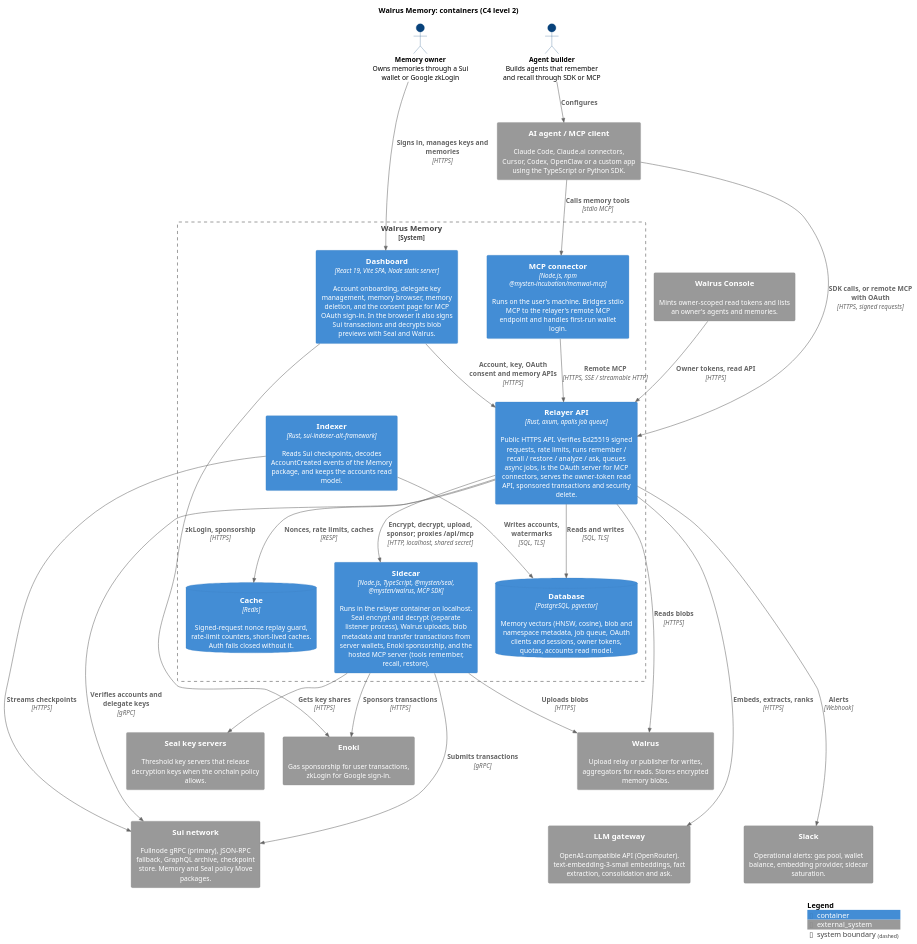
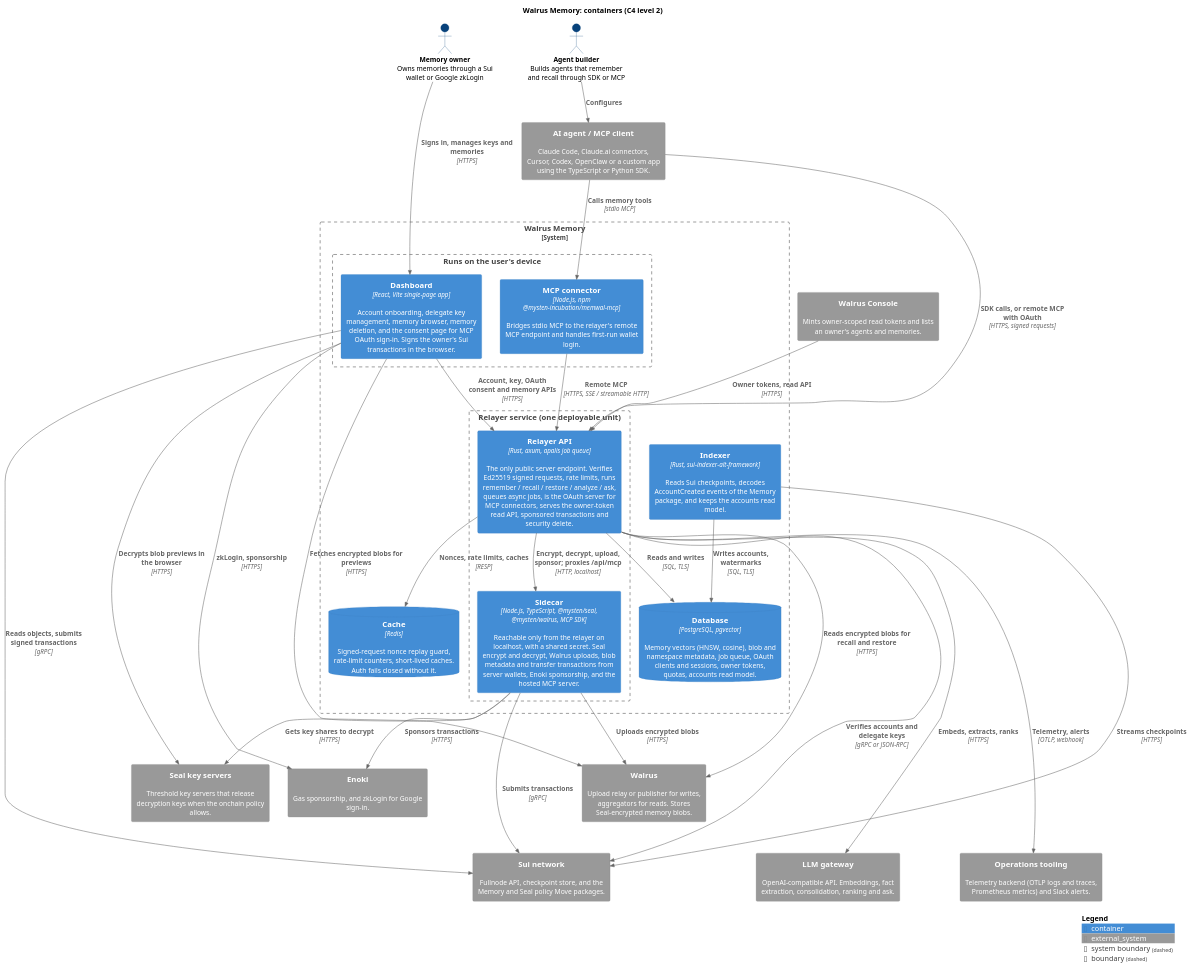
Before and after one commit to MystenLabs/walrus-memory: the diagram in docs/architecture/c4-container.puml, drawn with PlantUML. The commit also changed 7 other files, not shown here.

First line of the commit message:
docs(architecture): keep the public page to logical architecture

```diff
--- a/docs/architecture/c4-container.puml
+++ b/docs/architecture/c4-container.puml
@@ -1,77 +1,87 @@
 @startuml c4-container
-' C4 level 2 (containers) for Walrus Memory as it runs today.
-' Render: see docs/architecture/README.md ("Rendering the diagrams").
+' C4 level 2 (containers): the logical components of Walrus Memory, their
+' data flows and trust boundaries. Environment-specific deployment details
+' (hosting, hostnames, instance inventory) are kept in internal docs.
+' Render: see docs/architecture/README.md ("Rendering the diagram").
 !include <C4/C4_Container>
 
 LAYOUT_TOP_DOWN()
 HIDE_STEREOTYPE()
 skinparam wrapWidth 260
 skinparam maxMessageSize 180
 skinparam defaultFontSize 13
 skinparam dpi 110
 skinparam actorBorderColor #08427B
 skinparam actorBackgroundColor #08427B
 skinparam actorFontColor #000000
 skinparam actorStyle stick
 
 title Walrus Memory: containers (C4 level 2)
 
 actor "**Memory owner**\nOwns memories through a Sui\nwallet or Google zkLogin" as owner
 actor "**Agent builder**\nBuilds agents that remember\nand recall through SDK or MCP" as builder
 
 System_Ext(agent, "AI agent / MCP client", "Claude Code, Claude.ai connectors, Cursor, Codex, OpenClaw or a custom app using the TypeScript or Python SDK.")
 System_Ext(console, "Walrus Console", "Mints owner-scoped read tokens and lists an owner's agents and memories.")
 
 System_Boundary(wm, "Walrus Memory") {
-  Container(dashboard, "Dashboard", "React 19, Vite SPA, Node static server", "Account onboarding, delegate key management, memory browser, memory deletion, and the consent page for MCP OAuth sign-in. In the browser it also signs Sui transactions and decrypts blob previews with Seal and Walrus.")
-  Container(mcp, "MCP connector", "Node.js, npm @mysten-incubation/memwal-mcp", "Runs on the user's machine. Bridges stdio MCP to the relayer's remote MCP endpoint and handles first-run wallet login.")
-  Container(relayer, "Relayer API", "Rust, axum, apalis job queue", "Public HTTPS API. Verifies Ed25519 signed requests, rate limits, runs remember / recall / restore / analyze / ask, queues async jobs, is the OAuth server for MCP connectors, serves the owner-token read API, sponsored transactions and security delete.")
-  Container(sidecar, "Sidecar", "Node.js, TypeScript, @mysten/seal, @mysten/walrus, MCP SDK", "Runs in the relayer container on localhost. Seal encrypt and decrypt (separate listener process), Walrus uploads, blob metadata and transfer transactions from server wallets, Enoki sponsorship, and the hosted MCP server (tools remember, recall, restore).")
+  Boundary(client, "Runs on the user's device") {
+    Container(dashboard, "Dashboard", "React, Vite single-page app", "Account onboarding, delegate key management, memory browser, memory deletion, and the consent page for MCP OAuth sign-in. Signs the owner's Sui transactions in the browser.")
+    Container(mcp, "MCP connector", "Node.js, npm @mysten-incubation/memwal-mcp", "Bridges stdio MCP to the relayer's remote MCP endpoint and handles first-run wallet login.")
+  }
+  Boundary(server, "Relayer service (one deployable unit)") {
+    Container(relayer, "Relayer API", "Rust, axum, apalis job queue", "The only public server endpoint. Verifies Ed25519 signed requests, rate limits, runs remember / recall / restore / analyze / ask, queues async jobs, is the OAuth server for MCP connectors, serves the owner-token read API, sponsored transactions and security delete.")
+    Container(sidecar, "Sidecar", "Node.js, TypeScript, @mysten/seal, @mysten/walrus, MCP SDK", "Reachable only from the relayer on localhost, with a shared secret. Seal encrypt and decrypt, Walrus uploads, blob metadata and transfer transactions from server wallets, Enoki sponsorship, and the hosted MCP server.")
+  }
   Container(indexer, "Indexer", "Rust, sui-indexer-alt-framework", "Reads Sui checkpoints, decodes AccountCreated events of the Memory package, and keeps the accounts read model.")
   ContainerDb(pg, "Database", "PostgreSQL, pgvector", "Memory vectors (HNSW, cosine), blob and namespace metadata, job queue, OAuth clients and sessions, owner tokens, quotas, accounts read model.")
   ContainerDb(redis, "Cache", "Redis", "Signed-request nonce replay guard, rate-limit counters, short-lived caches. Auth fails closed without it.")
 }
 
-System_Ext(sui, "Sui network", "Fullnode gRPC (primary), JSON-RPC fallback, GraphQL archive, checkpoint store. Memory and Seal policy Move packages.")
-System_Ext(walrus, "Walrus", "Upload relay or publisher for writes, aggregators for reads. Stores encrypted memory blobs.")
+System_Ext(sui, "Sui network", "Fullnode API, checkpoint store, and the Memory and Seal policy Move packages.")
+System_Ext(walrus, "Walrus", "Upload relay or publisher for writes, aggregators for reads. Stores Seal-encrypted memory blobs.")
 System_Ext(seal, "Seal key servers", "Threshold key servers that release decryption keys when the onchain policy allows.")
-System_Ext(enoki, "Enoki", "Gas sponsorship for user transactions, zkLogin for Google sign-in.")
-System_Ext(llm, "LLM gateway", "OpenAI-compatible API (OpenRouter). text-embedding-3-small embeddings, fact extraction, consolidation and ask.")
-System_Ext(slack, "Slack", "Operational alerts: gas pool, wallet balance, embedding provider, sidecar saturation.")
+System_Ext(enoki, "Enoki", "Gas sponsorship, and zkLogin for Google sign-in.")
+System_Ext(llm, "LLM gateway", "OpenAI-compatible API. Embeddings, fact extraction, consolidation, ranking and ask.")
+System_Ext(ops, "Operations tooling", "Telemetry backend (OTLP logs and traces, Prometheus metrics) and Slack alerts.")
 
 Rel(owner, dashboard, "Signs in, manages keys and memories", "HTTPS")
 Rel(builder, agent, "Configures")
 Rel(agent, mcp, "Calls memory tools", "stdio MCP")
 Rel(agent, relayer, "SDK calls, or remote MCP with OAuth", "HTTPS, signed requests")
 Rel(console, relayer, "Owner tokens, read API", "HTTPS")
 Rel(mcp, relayer, "Remote MCP", "HTTPS, SSE / streamable HTTP")
 Rel(dashboard, relayer, "Account, key, OAuth consent and memory APIs", "HTTPS")
 
-Rel(relayer, sidecar, "Encrypt, decrypt, upload, sponsor; proxies /api/mcp", "HTTP, localhost, shared secret")
+Rel(relayer, sidecar, "Encrypt, decrypt, upload, sponsor; proxies /api/mcp", "HTTP, localhost")
 Rel(relayer, pg, "Reads and writes", "SQL, TLS")
 Rel(relayer, redis, "Nonces, rate limits, caches", "RESP")
 Rel(indexer, pg, "Writes accounts, watermarks", "SQL, TLS")
 
+Rel(relayer, walrus, "Reads encrypted blobs for recall and restore", "HTTPS")
 Rel(relayer, llm, "Embeds, extracts, ranks", "HTTPS")
-Rel(relayer, sui, "Verifies accounts and delegate keys", "gRPC")
-Rel(relayer, walrus, "Reads blobs", "HTTPS")
-Rel(relayer, slack, "Alerts", "Webhook")
-Rel(sidecar, seal, "Gets key shares", "HTTPS")
-Rel(sidecar, walrus, "Uploads blobs", "HTTPS")
+Rel(relayer, sui, "Verifies accounts and delegate keys", "gRPC or JSON-RPC")
+Rel(relayer, ops, "Telemetry, alerts", "OTLP, webhook")
+Rel(sidecar, seal, "Gets key shares to decrypt", "HTTPS")
+Rel(sidecar, walrus, "Uploads encrypted blobs", "HTTPS")
 Rel(sidecar, sui, "Submits transactions", "gRPC")
 Rel(sidecar, enoki, "Sponsors transactions", "HTTPS")
 Rel(indexer, sui, "Streams checkpoints", "HTTPS")
+
+Rel(dashboard, sui, "Reads objects, submits signed transactions", "gRPC")
 Rel(dashboard, enoki, "zkLogin, sponsorship", "HTTPS")
+Rel(dashboard, seal, "Decrypts blob previews in the browser", "HTTPS")
+Rel(dashboard, walrus, "Fetches encrypted blobs for previews", "HTTPS")
 
 ' Layout hints: keep externals in two stacked rows under the system.
 Lay_D(redis, seal)
 Lay_D(pg, llm)
 Lay_R(seal, enoki)
 Lay_R(enoki, walrus)
 Lay_D(seal, sui)
 Lay_R(sui, llm)
-Lay_R(llm, slack)
+Lay_R(llm, ops)
 Lay_R(owner, builder)
 
 SHOW_LEGEND()
 @enduml
```
